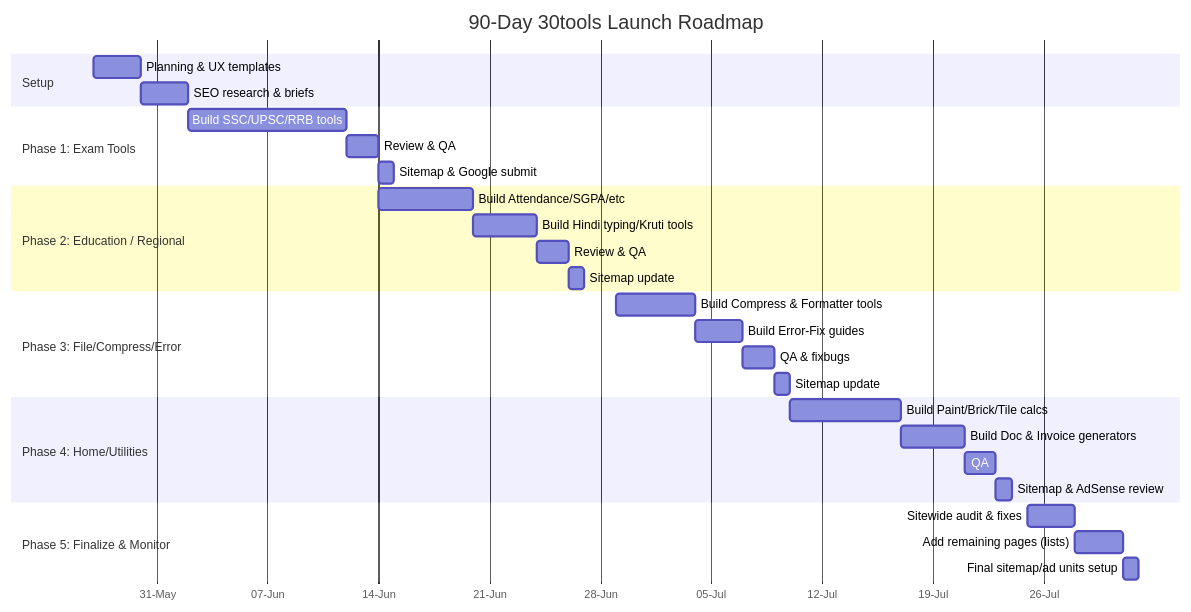
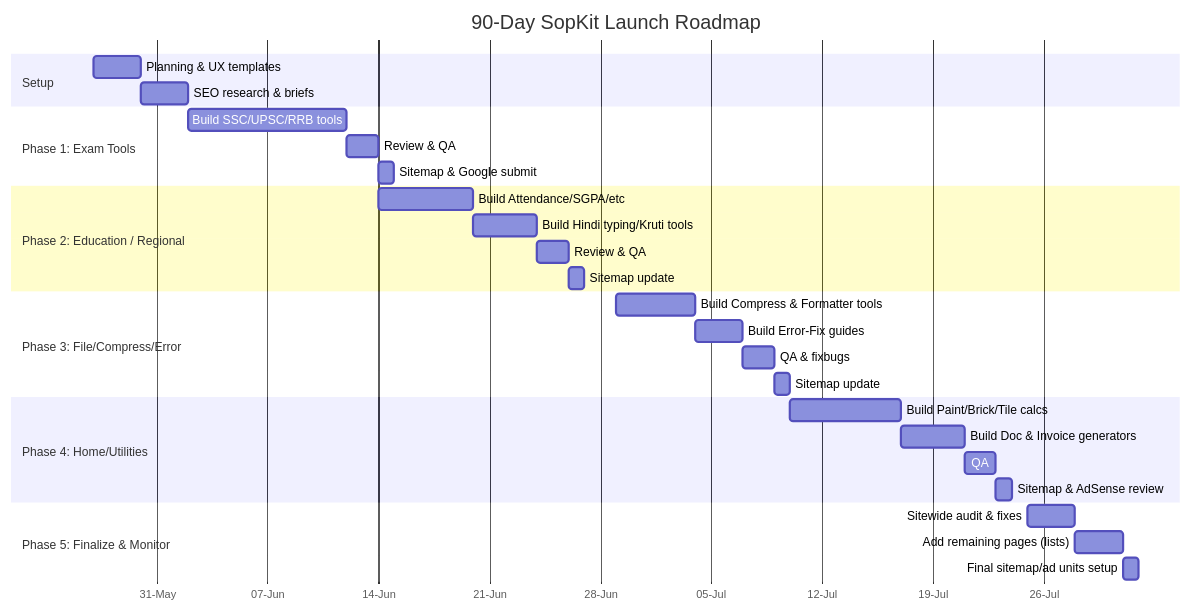
The diagram in deep-research-report-more-tools.md (SopKit/sopkit.github.io), drawn with Mermaid before and after one commit. The commit also changed other lines of this file and 569 other files, not shown here.

````diff
--- a/deep-research-report-more-tools.md
+++ b/deep-research-report-more-tools.md
@@ -173,38 +173,38 @@
 ```mermaid
 gantt
-    title 90-Day 30tools Launch Roadmap
+    title 90-Day SopKit Launch Roadmap
     dateFormat  YYYY-MM-DD
     axisFormat  %d-%b
 
     section Setup
     Planning & UX templates        :a1, 2026-05-27, 3d
     SEO research & briefs          :a2, after a1, 3d
 
     section Phase 1: Exam Tools
     Build SSC/UPSC/RRB tools       :b1, 2026-06-02, 10d
     Review & QA                    :b2, after b1, 2d
     Sitemap & Google submit        :b3, after b2, 1d
 
     section Phase 2: Education / Regional
     Build Attendance/SGPA/etc      :c1, 2026-06-14, 6d
     Build Hindi typing/Kruti tools :c2, 2026-06-20, 4d
     Review & QA                    :c3, after c2, 2d
     Sitemap update                 :c4, after c3, 1d
 
     section Phase 3: File/Compress/Error
     Build Compress & Formatter tools :d1, 2026-06-29, 5d
     Build Error-Fix guides         :d2, 2026-07-04, 3d
     QA & fixbugs                   :d3, after d2, 2d
     Sitemap update                 :d4, after d3, 1d
 
     section Phase 4: Home/Utilities
     Build Paint/Brick/Tile calcs   :e1, 2026-07-10, 7d
     Build Doc & Invoice generators :e2, 2026-07-17, 4d
     QA                             :e3, after e2, 2d
     Sitemap & AdSense review       :e4, after e3, 1d
 
     section Phase 5: Finalize & Monitor
     Sitewide audit & fixes         :f1, 2026-07-25, 3d
     Add remaining pages (lists)    :f2, 2026-07-28, 3d
     Final sitemap/ad units setup   :f3, after f2, 1d
 ```
````
